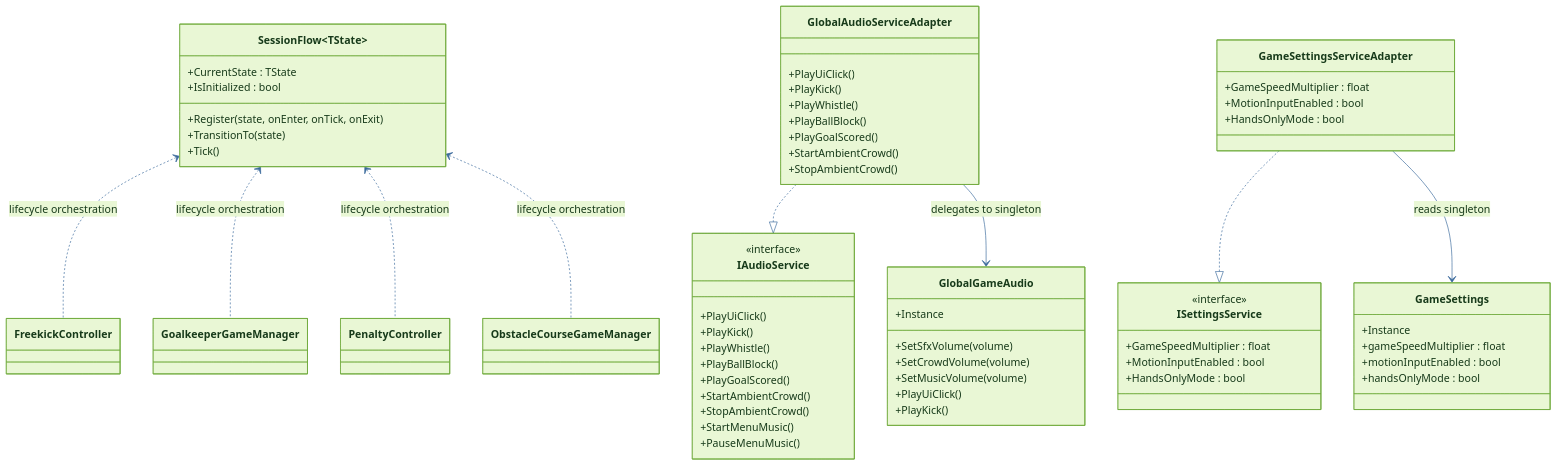
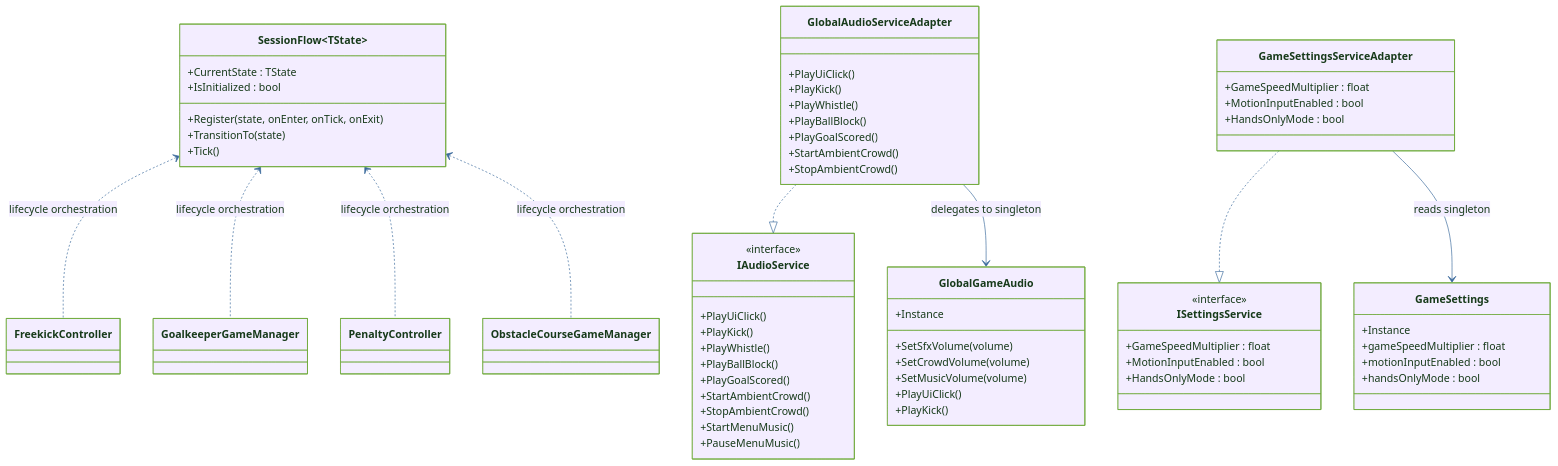
One commit to Zhou-London/comp0016 changed the diagram in website/public/diagrams/system-design/class-shared-core.mmd. Above: the diagram before and after it, drawn with Mermaid. The commit also changed 5 other files, not shown here.

Commit message:
feat:  obstacle course class diagram

```diff
--- a/website/public/diagrams/system-design/class-shared-core.mmd
+++ b/website/public/diagrams/system-design/class-shared-core.mmd
@@ -1,70 +1,70 @@
-%%{init: {'theme': 'base', 'themeVariables': {'primaryColor': '#e9f7d5', 'primaryTextColor': '#173a1a', 'primaryBorderColor': '#6eaa3a', 'lineColor': '#3b6a9c', 'fontFamily': 'Trebuchet MS'}}}%%
+%%{init: {'theme': 'base', 'themeVariables': {'primaryColor': '#f3edff', 'primaryTextColor': '#173a1a', 'primaryBorderColor': '#6eaa3a', 'lineColor': '#3b6a9c', 'fontFamily': 'Trebuchet MS'}}}%%
 classDiagram
     class SessionFlow~TState~ {
       +CurrentState : TState
       +IsInitialized : bool
       +Register(state, onEnter, onTick, onExit)
       +TransitionTo(state)
       +Tick()
     }
 
     class IAudioService {
       <<interface>>
       +PlayUiClick()
       +PlayKick()
       +PlayWhistle()
       +PlayBallBlock()
       +PlayGoalScored()
       +StartAmbientCrowd()
       +StopAmbientCrowd()
       +StartMenuMusic()
       +PauseMenuMusic()
     }
 
     class ISettingsService {
       <<interface>>
       +GameSpeedMultiplier : float
       +MotionInputEnabled : bool
       +HandsOnlyMode : bool
     }
 
     class GlobalAudioServiceAdapter {
       +PlayUiClick()
       +PlayKick()
       +PlayWhistle()
       +PlayBallBlock()
       +PlayGoalScored()
       +StartAmbientCrowd()
       +StopAmbientCrowd()
     }
 
     class GameSettingsServiceAdapter {
       +GameSpeedMultiplier : float
       +MotionInputEnabled : bool
       +HandsOnlyMode : bool
     }
 
     class GlobalGameAudio {
       +Instance
       +SetSfxVolume(volume)
       +SetCrowdVolume(volume)
       +SetMusicVolume(volume)
       +PlayUiClick()
       +PlayKick()
     }
 
     class GameSettings {
       +Instance
       +gameSpeedMultiplier : float
       +motionInputEnabled : bool
       +handsOnlyMode : bool
     }
 
     GlobalAudioServiceAdapter ..|> IAudioService
     GameSettingsServiceAdapter ..|> ISettingsService
     GlobalAudioServiceAdapter --> GlobalGameAudio : delegates to singleton
     GameSettingsServiceAdapter --> GameSettings : reads singleton
     SessionFlow~TState~ <.. FreekickController : lifecycle orchestration
     SessionFlow~TState~ <.. GoalkeeperGameManager : lifecycle orchestration
     SessionFlow~TState~ <.. PenaltyController : lifecycle orchestration
     SessionFlow~TState~ <.. ObstacleCourseGameManager : lifecycle orchestration
```
